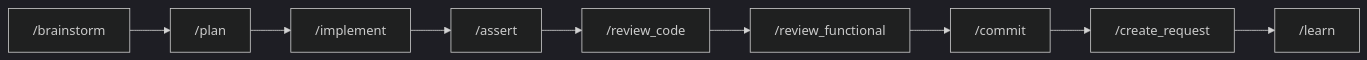
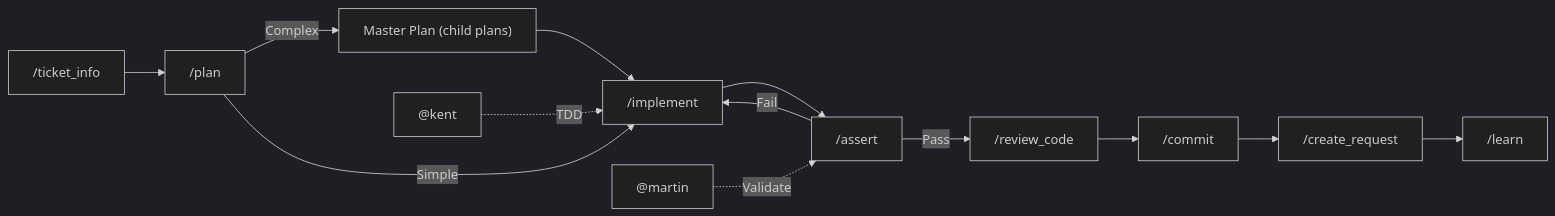
The fifth of 8 diagrams in aidd_docs/README.md (igounton/framework), drawn with Mermaid (dark theme) before and after one commit. The commit also changed other lines of this file and 7 other files, not shown here.

Commit message:
feat: enhance documentation for challenge skill and add mermaid generation rules

````diff
--- a/aidd_docs/README.md
+++ b/aidd_docs/README.md
@@ -136,6 +315,16 @@
 ```mermaid
 graph LR
-    B["/brainstorm"] --> P["/plan"] --> I["/implement"] --> A["/assert"]
-    A --> RC["/review_code"] --> RF["/review_functional"]
-    RF --> C["/commit"] --> CR["/create_request"] --> L["/learn"]
+    TI["/ticket_info"] --> P["/plan"]
+    P -->|"Complex"| MP["Master Plan (child plans)"]
+    P -->|"Simple"| I["/implement"]
+    MP --> I
+    I --> A["/assert"]
+    A -->|"Fail"| I
+    A -->|"Pass"| RC["/review_code"]
+    RC --> C["/commit"]
+    C --> CR["/create_request"]
+    CR --> L["/learn"]
+
+    K["@kent"] -.->|"TDD"| I
+    M["@martin"] -.->|"Validate"| A
 ```
````
